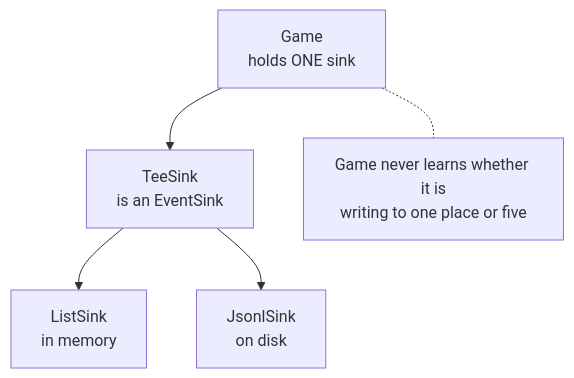
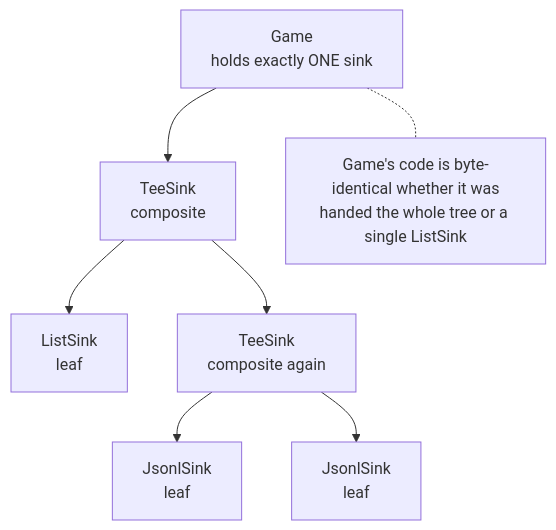
Diagram 11 of 14 in docs/projects/ludo/class-design.md (itamittech/llmeval), drawn with Mermaid before and after one commit. The commit also changed other lines of this file, not shown here.

First line of the commit message:
docs: explain Composite visually - the is-a/has-a loop and nesting

````diff
--- a/docs/projects/ludo/class-design.md
+++ b/docs/projects/ludo/class-design.md
@@ -676,8 +745,13 @@
 ```mermaid
-flowchart TB
-    g["Game<br/>holds ONE sink"] --> t["TeeSink<br/>is an EventSink"]
-    t --> l["ListSink<br/>in memory"]
-    t --> j["JsonlSink<br/>on disk"]
-    n["Game never learns whether it is<br/>writing to one place or five"]
-    g -.- n
+flowchart TD
+    game["Game<br/>holds exactly ONE sink"] --> t1["TeeSink<br/>composite"]
+
+    t1 --> l1["ListSink<br/>leaf"]
+    t1 --> t2["TeeSink<br/>composite again"]
+
+    t2 --> j1["JsonlSink<br/>leaf"]
+    t2 --> j2["JsonlSink<br/>leaf"]
+
+    note1["Game's code is byte-identical whether it was<br/>handed the whole tree or a single ListSink"]
+    game -.- note1
 ```
````
